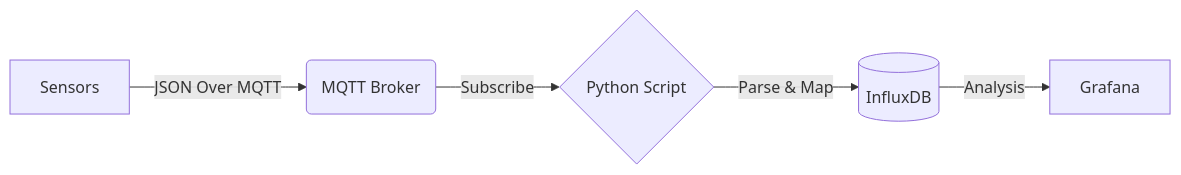
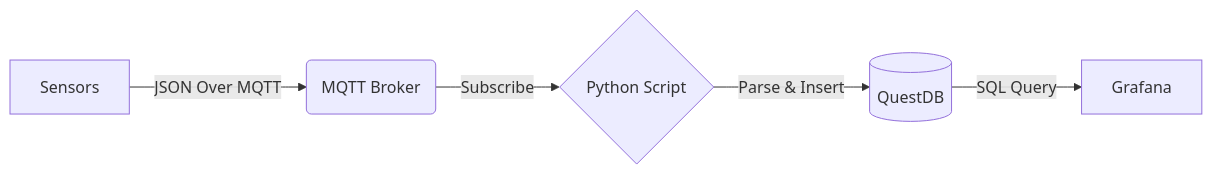
Before and after one commit to shenq0428/shenq0428-iot-main-project: the diagram in mqttbroker-questdb-python/README.md, drawn with Mermaid. The commit also changed other lines of this file, not shown here.

````diff
--- a/mqttbroker-questdb-python/README.md
+++ b/mqttbroker-questdb-python/README.md
@@ -31,7 +28,7 @@
 ```mermaid
 graph LR
     A[Sensors] -- JSON Over MQTT --> B(MQTT Broker)
     B -- Subscribe --> C{Python Script}
-    C -- Parse & Map --> D[(InfluxDB)]
-    D -- Analysis --> E[Grafana]
+    C -- Parse & Insert --> D[(QuestDB)]
+    D -- SQL Query --> E[Grafana]
 ```
````
